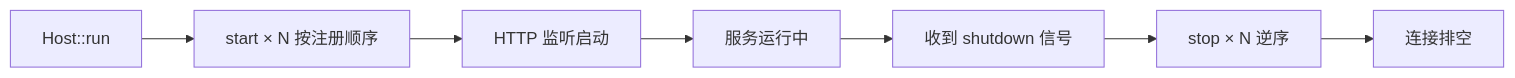
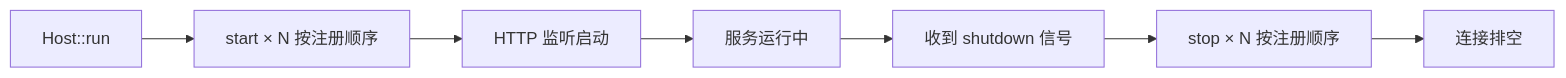
The diagram in docs/rust-webx/06-di-lifecycle/hosted-services.md (Rust-Framework/rust-webx), drawn with Mermaid before and after one commit. The commit also changed other lines of this file and 81 other files, not shown here.

````diff
--- a/docs/rust-webx/06-di-lifecycle/hosted-services.md
+++ b/docs/rust-webx/06-di-lifecycle/hosted-services.md
@@ -15,9 +15,9 @@
 ```mermaid
 graph LR
     A[Host::run] --> B[start × N 按注册顺序]
     B --> C[HTTP 监听启动]
     C --> D[服务运行中]
     D --> E[收到 shutdown 信号]
-    E --> F[stop × N 逆序]
+    E --> F[stop × N 按注册顺序]
     F --> G[连接排空]
 ```
````
